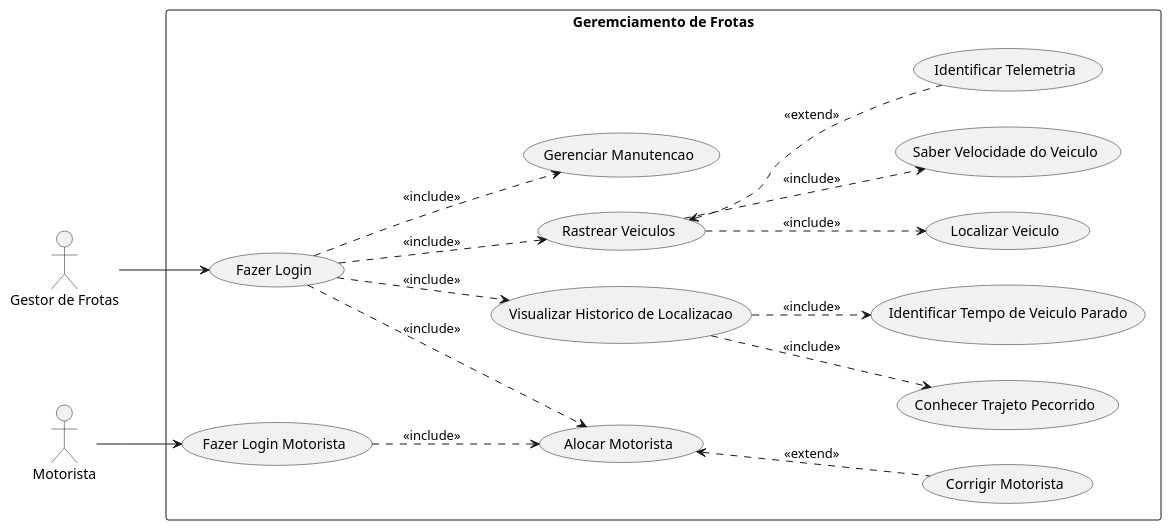
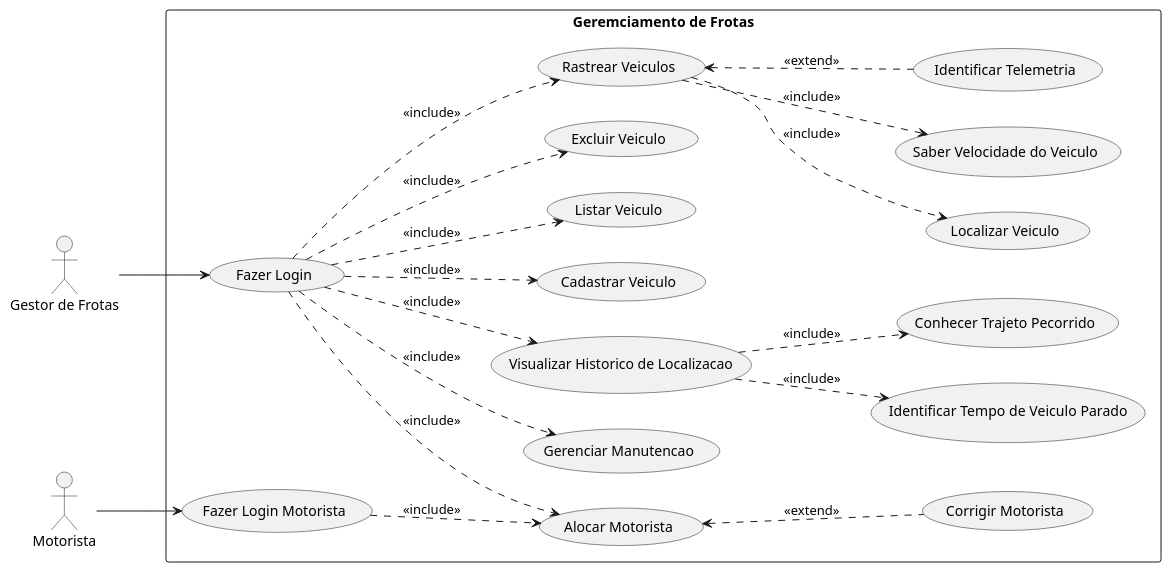
One commit to Pollyanadias/Sistema-de-Gerenciamento-de-Frotas changed the diagram in Gerenciamento de Frotas/Diagrama.iuml. Above: the diagram before and after it, drawn with PlantUML.

Commit message:
add coisas

```diff
--- a/Gerenciamento de Frotas/Diagrama.iuml
+++ b/Gerenciamento de Frotas/Diagrama.iuml
@@ -1,41 +1,47 @@
 @startuml Diagrama
 
 left to right direction
 
 :Gestor de Frotas: as gestor_de_frotas
 :Motorista: as motorista
 
 rectangle "Geremciamento de Frotas"{
     (Fazer Login) as fazer_login
     (Rastrear Veiculos) as rastrear_veiculos
     (Gerenciar Manutencao) as gerenciar_manutencao
     (Visualizar Historico de Localizacao) as visualizar_historico_de_localizacao
     (Localizar Veiculo) as localizar_veiculo
     (Saber Velocidade do Veiculo) as saber_velocidade_veiculo
     (Identificar Telemetria) as identificar_telemetria
     (Identificar Tempo de Veiculo Parado) as identificar_tempo_de_veiculo_parado
     (Conhecer Trajeto Pecorrido) as conhecer_trajeto_pecorrido
+    (Cadastrar Veiculo) as cadastrar_veiculo
+    (Listar Veiculo) as listar_veiculo
+    (Excluir Veiculo) as excluir_veiculo
 
     (Fazer Login Motorista) as fazer_login_motorista
     (Alocar Motorista) as alocar_motorista
     (Corrigir Motorista) as corrigir_motorista
 } 
 
 gestor_de_frotas --> fazer_login
 
 fazer_login ..> rastrear_veiculos: <<include>>
 fazer_login ..> gerenciar_manutencao: <<include>>
 fazer_login ..> visualizar_historico_de_localizacao: <<include>>
 fazer_login ..> alocar_motorista: <<include>>
+fazer_login ..> cadastrar_veiculo: <<include>>
+fazer_login ..> listar_veiculo: <<include>>
+fazer_login ..> excluir_veiculo: <<include>>
 visualizar_historico_de_localizacao ..> identificar_tempo_de_veiculo_parado: <<include>>
 visualizar_historico_de_localizacao ..> conhecer_trajeto_pecorrido: <<include>>
 rastrear_veiculos ..> localizar_veiculo: <<include>>
 rastrear_veiculos ..> saber_velocidade_veiculo: <<include>>
 rastrear_veiculos <.. identificar_telemetria: <<extend>>
 
 
 motorista --> fazer_login_motorista
 fazer_login_motorista ..> alocar_motorista: <<include>>
 alocar_motorista <.. corrigir_motorista: <<extend>>
 
 @enduml
```
